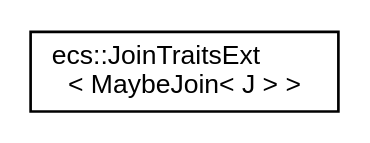
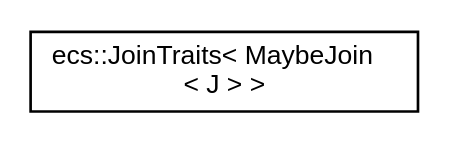
The diagram in inherit_graph_13.dot (MisterPeModder/Bomberman-Global-Offensive), drawn with Graphviz before and after one commit. The commit also changed 426 other files, not shown here.

```diff
--- a/inherit_graph_13.dot
+++ b/inherit_graph_13.dot
@@ -1,8 +1,8 @@
 digraph "Graphical Class Hierarchy"
 {
  // LATEX_PDF_SIZE
   edge [fontname="Helvetica",fontsize="10",labelfontname="Helvetica",labelfontsize="10"];
   node [fontname="Helvetica",fontsize="10",shape=record];
   rankdir="LR";
-  Node0 [label="ecs::JoinTraitsExt\l\< MaybeJoin\< J \> \>",height=0.2,width=0.4,color="black", fillcolor="white", style="filled",URL="$structecs_1_1_join_traits_ext_3_01_maybe_join_3_01_j_01_4_01_4.html",tooltip=" "];
+  Node0 [label="ecs::JoinTraits\< MaybeJoin\l\< J \> \>",height=0.2,width=0.4,color="black", fillcolor="white", style="filled",URL="$structecs_1_1_join_traits_3_01_maybe_join_3_01_j_01_4_01_4.html",tooltip=" "];
 }
```
